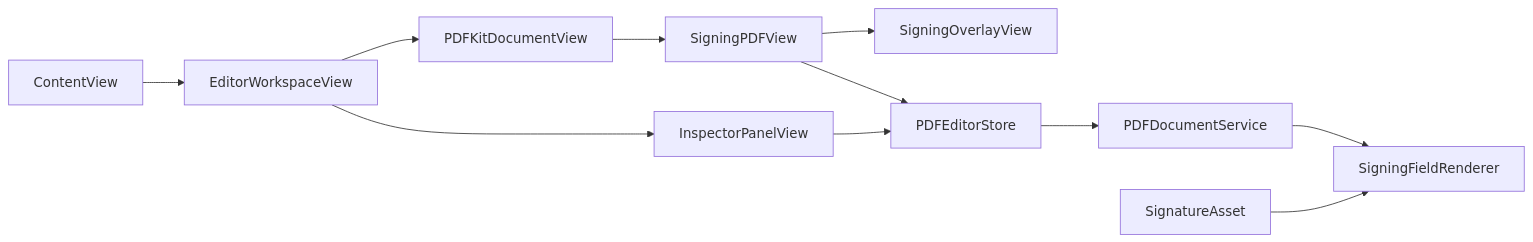
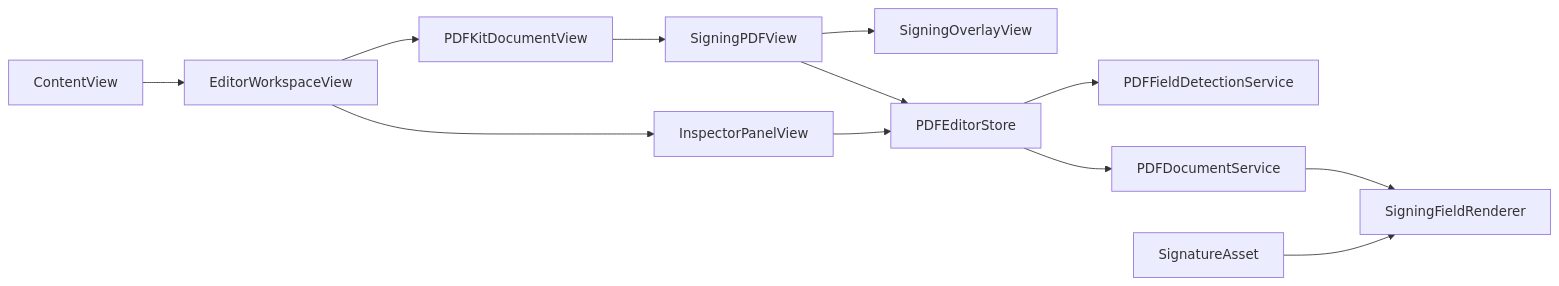
The diagram in docs/DEVELOPMENT.md (MikesHorcrux/TinySigner), drawn with Mermaid before and after one commit. The commit also changed other lines of this file and 21 other files, not shown here.

````diff
--- a/docs/DEVELOPMENT.md
+++ b/docs/DEVELOPMENT.md
@@ -7,13 +7,14 @@
 ```mermaid
 flowchart LR
     ContentView --> EditorWorkspaceView
     EditorWorkspaceView --> PDFKitDocumentView
     EditorWorkspaceView --> InspectorPanelView
     PDFKitDocumentView --> SigningPDFView
     SigningPDFView --> SigningOverlayView
     InspectorPanelView --> PDFEditorStore
     SigningPDFView --> PDFEditorStore
+    PDFEditorStore --> PDFFieldDetectionService
     PDFEditorStore --> PDFDocumentService
     PDFDocumentService --> SigningFieldRenderer
     SignatureAsset --> SigningFieldRenderer
 ```
````
